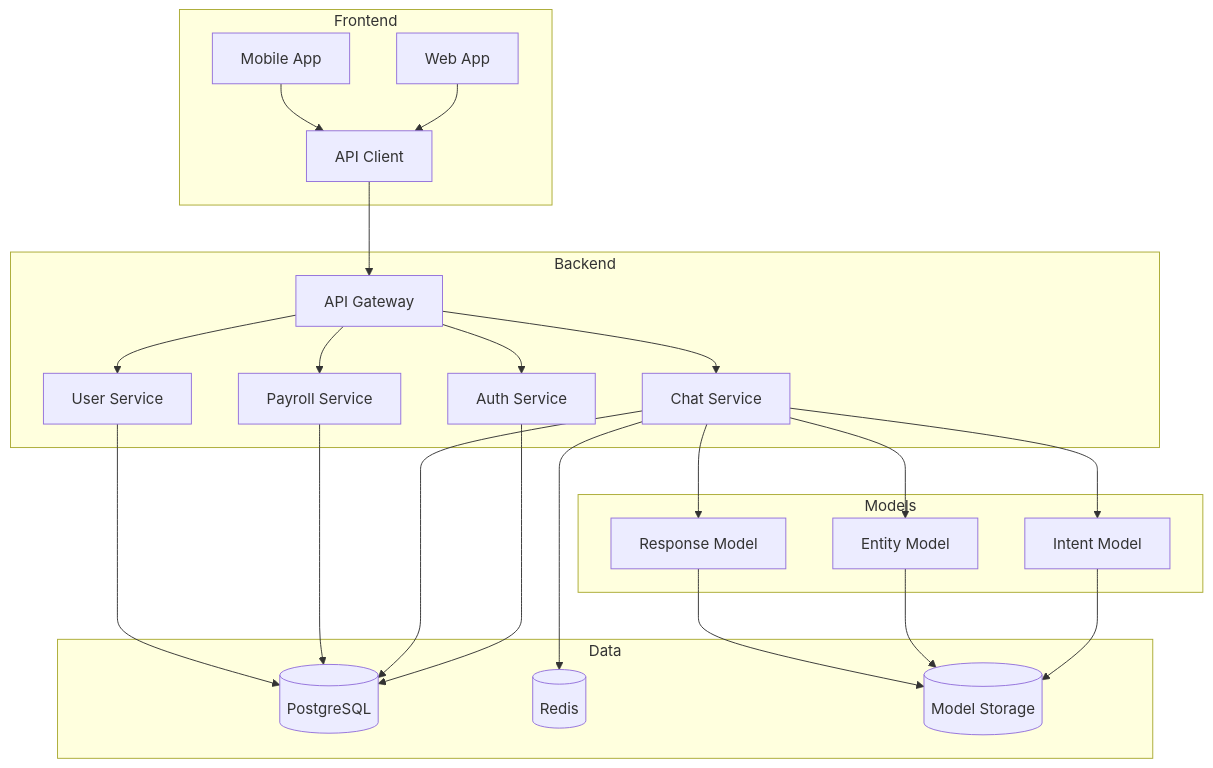
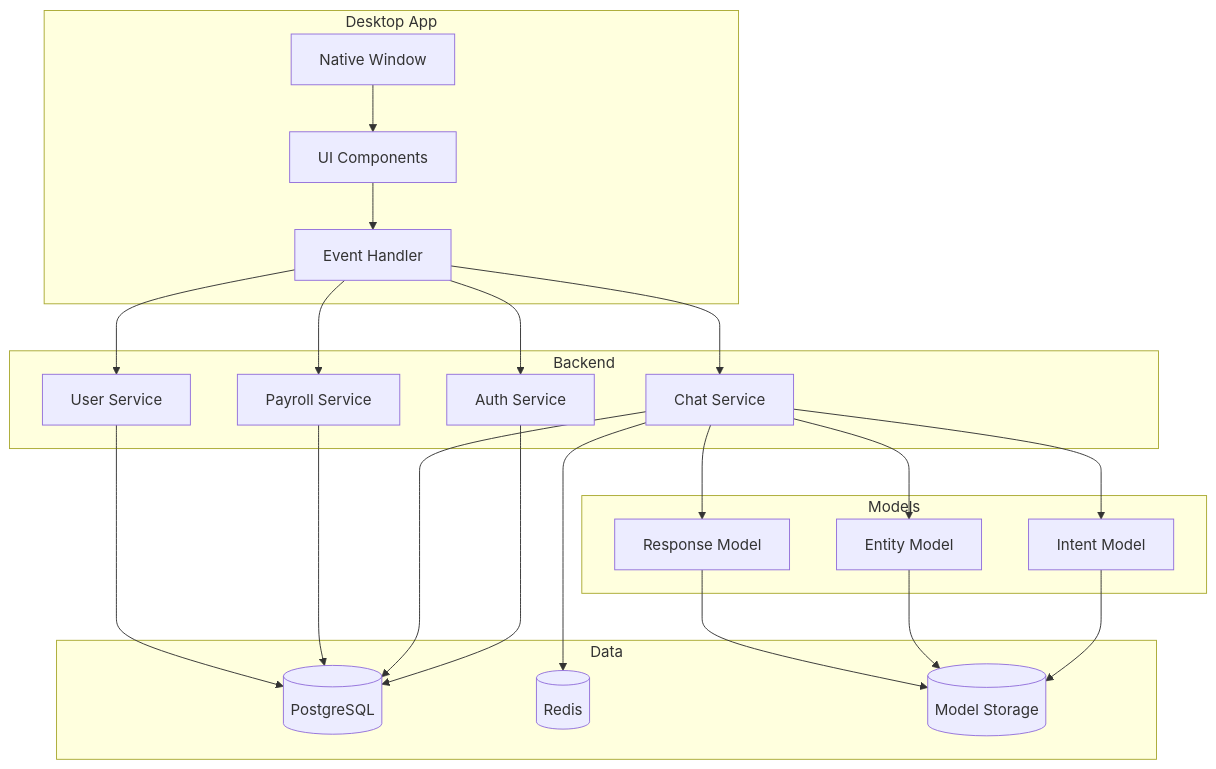
One commit to arlexpin/ChatNomina changed the first of 2 diagrams in docs/technical/development.md. Above: the diagram before and after it, drawn with Mermaid. The commit also changed other lines of this file and 1 other file, not shown here.

````diff
--- a/docs/technical/development.md
+++ b/docs/technical/development.md
@@ -144,32 +144,31 @@
 ```mermaid
 graph TD
-    subgraph Frontend
-        A[Web App] --> B[API Client]
-        C[Mobile App] --> B
+    subgraph Desktop App
+        A[Native Window] --> B[UI Components]
+        B --> C[Event Handler]
     end
 
     subgraph Backend
-        B --> D[API Gateway]
-        D --> E[Auth Service]
-        D --> F[Chat Service]
-        D --> G[Payroll Service]
-        D --> H[User Service]
+        C --> D[Auth Service]
+        C --> E[Chat Service]
+        C --> F[Payroll Service]
+        C --> G[User Service]
     end
 
     subgraph Models
-        F --> I[Intent Model]
-        F --> J[Entity Model]
-        F --> K[Response Model]
+        E --> H[Intent Model]
+        E --> I[Entity Model]
+        E --> J[Response Model]
     end
 
     subgraph Data
-        E --> L[(PostgreSQL)]
-        F --> L
-        G --> L
-        H --> L
-        F --> M[(Redis)]
-        I --> N[(Model Storage)]
-        J --> N
-        K --> N
+        D --> K[(PostgreSQL)]
+        E --> K
+        F --> K
+        G --> K
+        E --> L[(Redis)]
+        H --> M[(Model Storage)]
+        I --> M
+        J --> M
     end
 ```
````
